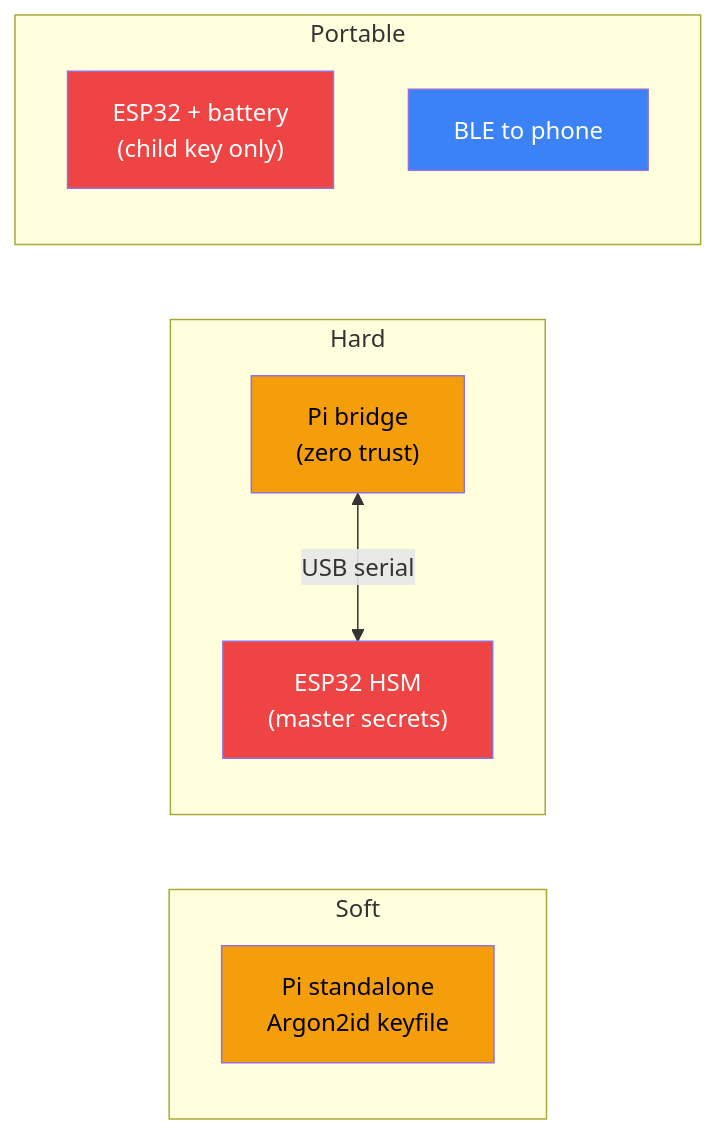
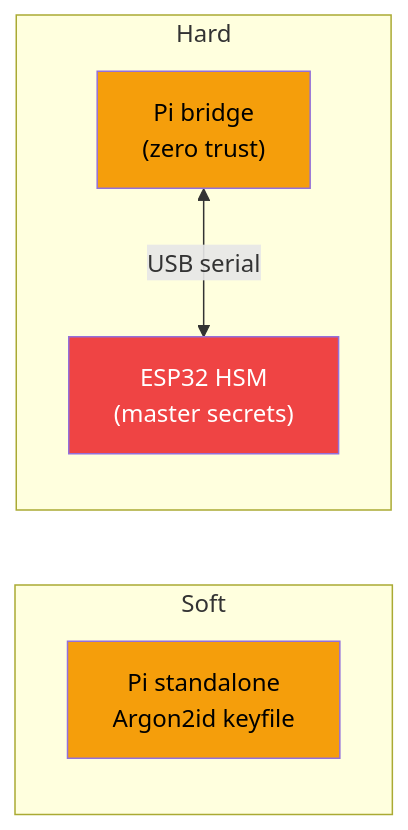
The second of 7 diagrams in docs/ECOSYSTEM.md (forgesworn/heartwood), drawn with Mermaid before and after one commit. The commit also changed other lines of this file and 1 other file, not shown here.

Commit message:
fix: remove em dashes, drop unbuilt portable tier
Replace em dashes with hyphens in ARCHITECTURE.md subgraph labels.
Remove portable tier from ECOSYSTEM.md - not yet built. Only
document what's shipped (Soft and Hard tiers).

````diff
--- a/docs/ECOSYSTEM.md
+++ b/docs/ECOSYSTEM.md
@@ -34,24 +34,17 @@
 ```mermaid
 graph LR
     subgraph Soft["Soft"]
         S_PI["Pi standalone<br/>Argon2id keyfile"]
     end
 
     subgraph Hard["Hard"]
         H_PI["Pi bridge<br/>(zero trust)"]
         H_ESP["ESP32 HSM<br/>(master secrets)"]
     end
 
-    subgraph Portable["Portable"]
-        P_ESP["ESP32 + battery<br/>(child key only)"]
-        P_BLE["BLE to phone"]
-    end
-
     H_PI <-->|"USB serial"| H_ESP
 
     style S_PI fill:#f59e0b,color:#000
     style H_PI fill:#f59e0b,color:#000
     style H_ESP fill:#ef4444,color:#fff
-    style P_ESP fill:#ef4444,color:#fff
-    style P_BLE fill:#3b82f6,color:#fff
 ```
````
